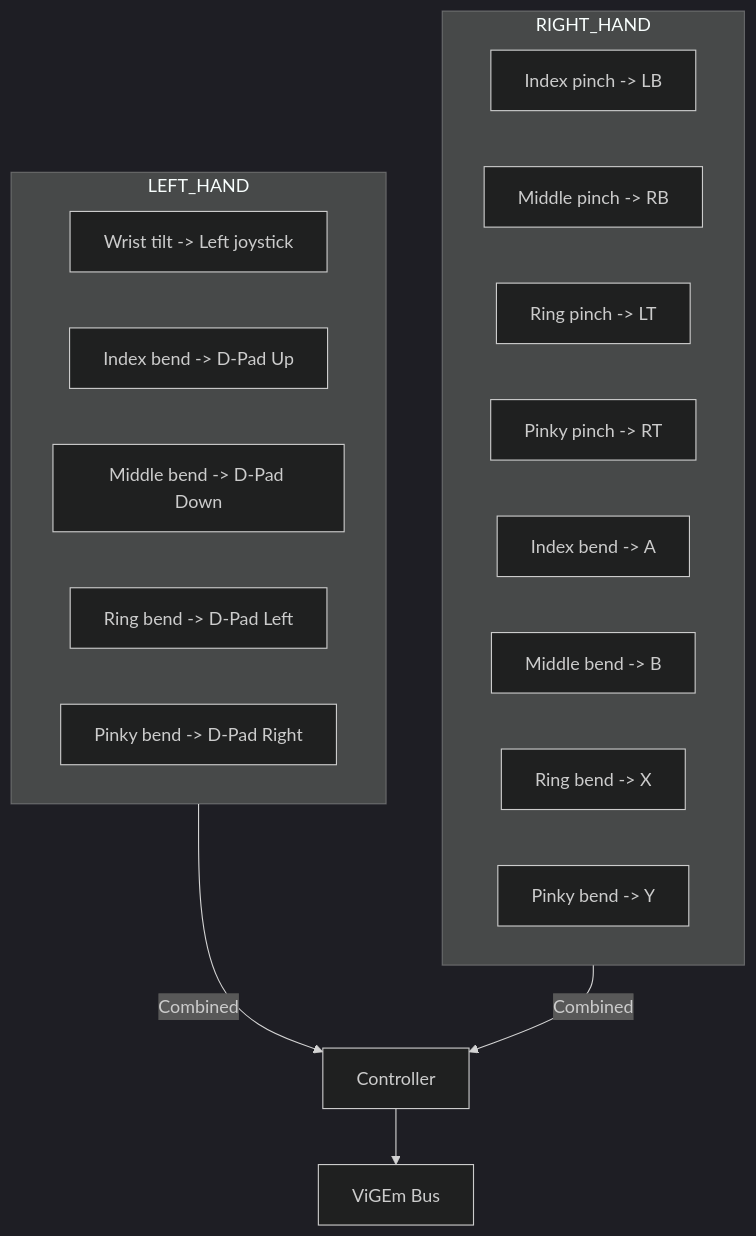
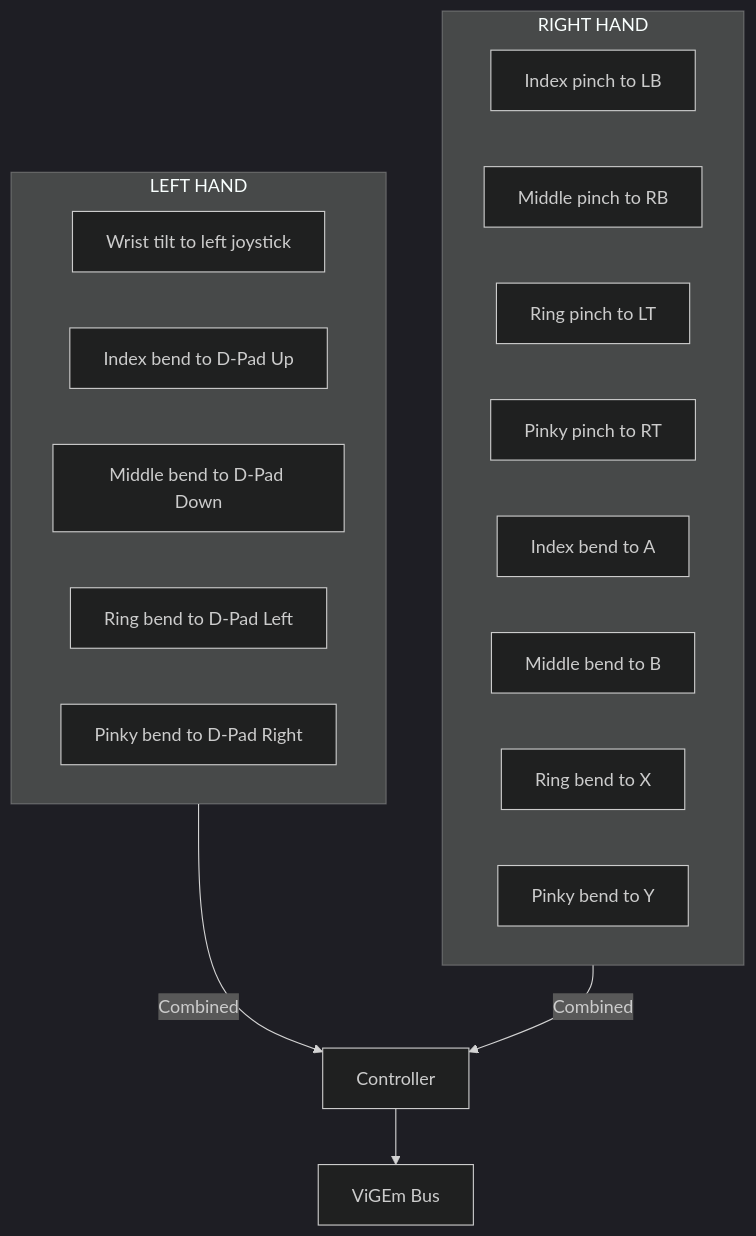
One commit to MagixIsAvailable/rgu-capstone-mediapipe changed the first of 3 diagrams in README.md. Above: the diagram before and after it, drawn with Mermaid (dark theme). The commit also changed other lines of this file, not shown here.

Commit message:
refactor: update flowchart syntax and improve readability in README.md

````diff
--- a/README.md
+++ b/README.md
@@ -273,23 +273,23 @@
 ```mermaid
-graph TB
-      subgraph LEFT_HAND
-         L1[Wrist tilt -> Left joystick]
-         L2[Index bend -> D-Pad Up]
-         L3[Middle bend -> D-Pad Down]
-         L4[Ring bend -> D-Pad Left]
-         L5[Pinky bend -> D-Pad Right]
-      end
-      subgraph RIGHT_HAND
-         R1[Index pinch -> LB]
-         R2[Middle pinch -> RB]
-         R3[Ring pinch -> LT]
-         R4[Pinky pinch -> RT]
-         R5[Index bend -> A]
-         R6[Middle bend -> B]
-         R7[Ring bend -> X]
-         R8[Pinky bend -> Y]
-      end
-      LEFT_HAND -->|Combined| CONT[Controller]
-      RIGHT_HAND -->|Combined| CONT
-      CONT --> VG[ViGEm Bus]
+flowchart TB
+   subgraph LeftHand[LEFT HAND]
+      LH1["Wrist tilt to left joystick"]
+      LH2["Index bend to D-Pad Up"]
+      LH3["Middle bend to D-Pad Down"]
+      LH4["Ring bend to D-Pad Left"]
+      LH5["Pinky bend to D-Pad Right"]
+   end
+   subgraph RightHand[RIGHT HAND]
+      RH1["Index pinch to LB"]
+      RH2["Middle pinch to RB"]
+      RH3["Ring pinch to LT"]
+      RH4["Pinky pinch to RT"]
+      RH5["Index bend to A"]
+      RH6["Middle bend to B"]
+      RH7["Ring bend to X"]
+      RH8["Pinky bend to Y"]
+   end
+   LeftHand -->|Combined| CTRL["Controller"]
+   RightHand -->|Combined| CTRL
+   CTRL --> VIG["ViGEm Bus"]
 ```
````
